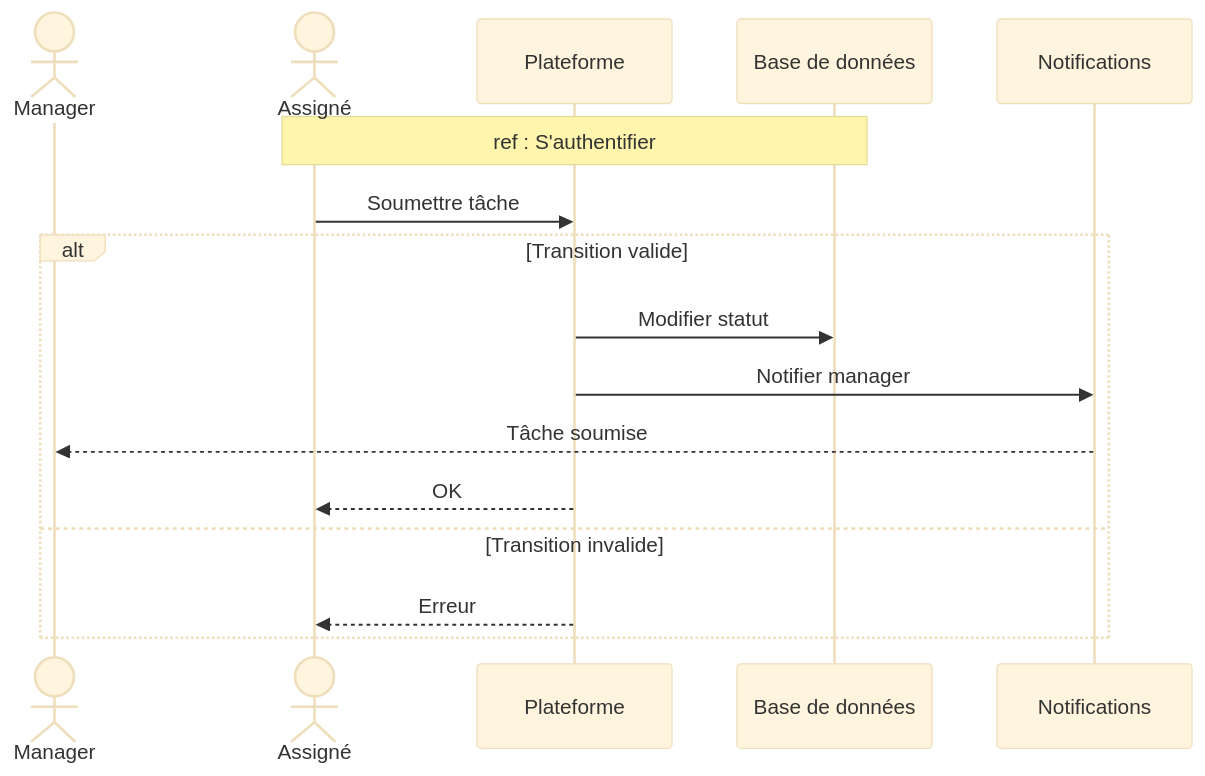
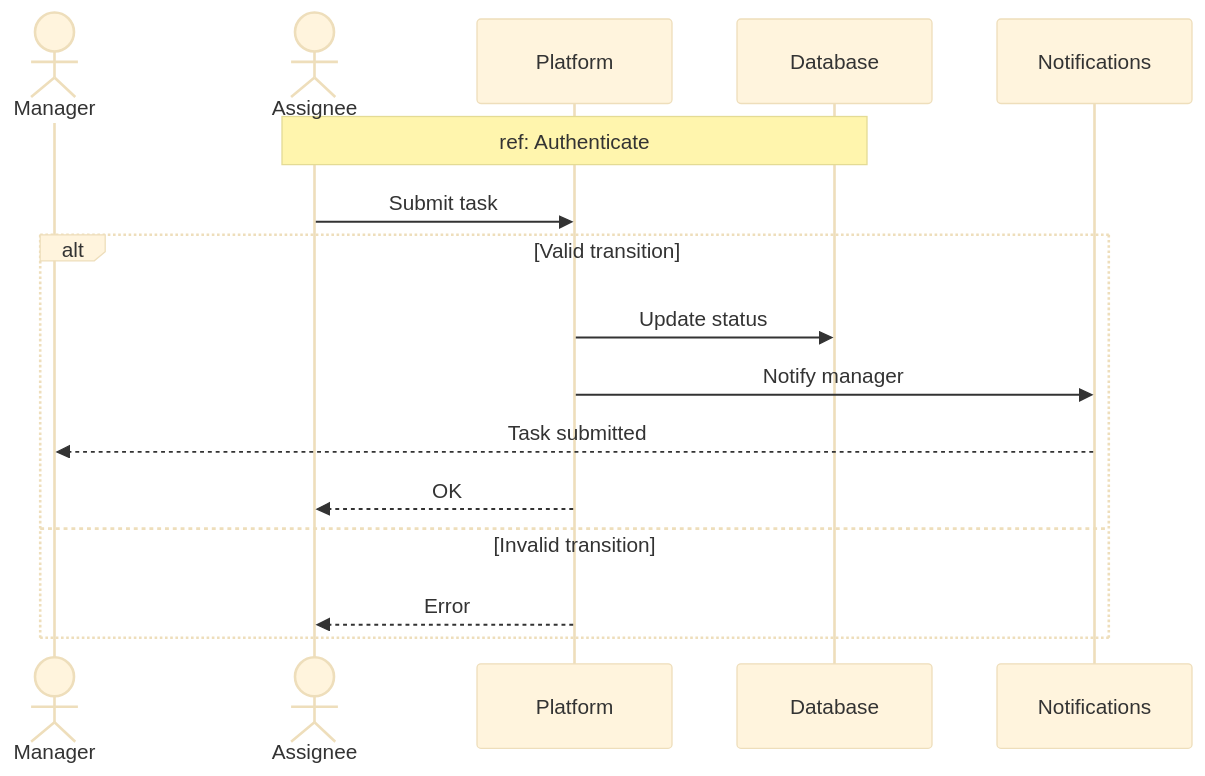
One commit to MohamedChebbi123/teamnest changed diagram 12 of 16 in docs/SEQUENCE_DIAGRAMS.md. Above: the diagram before and after it, drawn with Mermaid (base theme). The commit also changed other lines of this file, not shown here.

````diff
--- a/docs/SEQUENCE_DIAGRAMS.md
+++ b/docs/SEQUENCE_DIAGRAMS.md
@@ -364,20 +368,20 @@
 ```mermaid
 sequenceDiagram
     actor Manager
-    actor Assignee as Assigné
-    participant API as Plateforme
-    participant DB as Base de données
+    actor Assignee
+    participant API as Platform
+    participant DB as Database
     participant Notif as Notifications
 
-    Note over Assignee,DB: ref : S'authentifier
+    Note over Assignee,DB: ref: Authenticate
 
-    Assignee->>API: Soumettre tâche
-    alt Transition valide
-        API->>DB: Modifier statut
-        API->>Notif: Notifier manager
-        Notif-->>Manager: Tâche soumise
+    Assignee->>API: Submit task
+    alt Valid transition
+        API->>DB: Update status
+        API->>Notif: Notify manager
+        Notif-->>Manager: Task submitted
         API-->>Assignee: OK
-    else Transition invalide
-        API-->>Assignee: Erreur
+    else Invalid transition
+        API-->>Assignee: Error
     end
 ```
````
